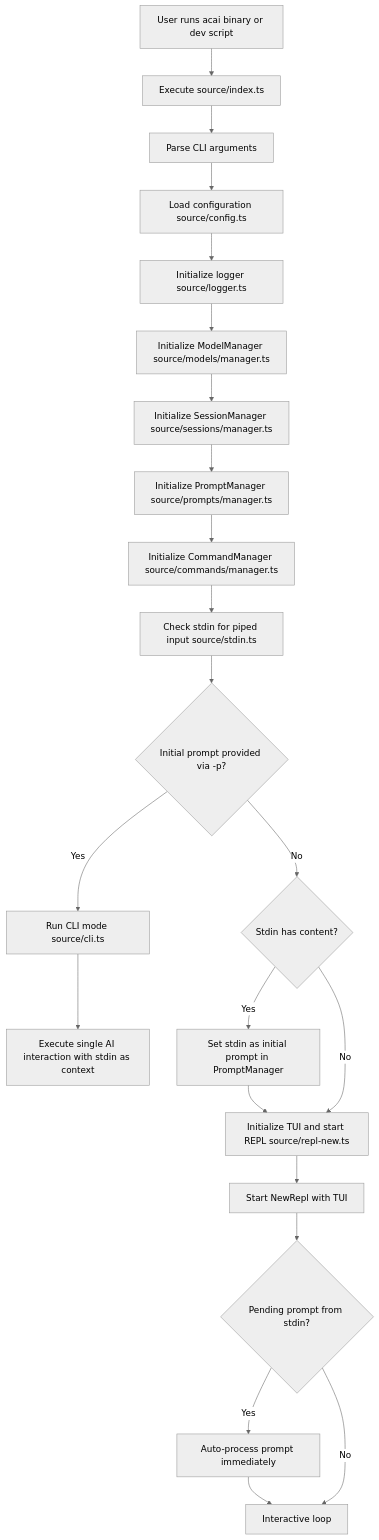
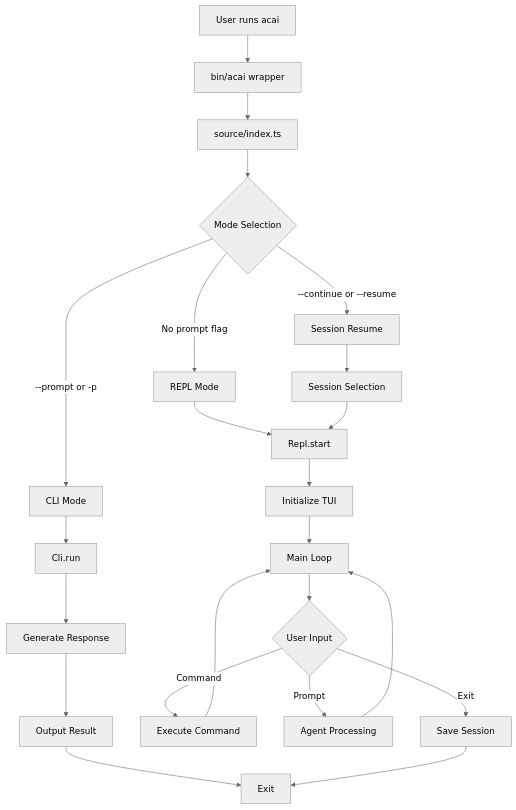
Before and after one commit to travisennis/acai-ts: the first of 10 diagrams in ARCHITECTURE.md, drawn with Mermaid (neutral theme). The commit also changed other lines of this file and 11 other files, not shown here.

````diff
--- a/ARCHITECTURE.md
+++ b/ARCHITECTURE.md
@@ -617,24 +566,30 @@
 ```mermaid
-graph TD
-  A[User runs acai binary or dev script] --> B[Execute source/index.ts]
-  B --> C[Parse CLI arguments]
-  C --> D[Load configuration source/config.ts]
-  D --> E[Initialize logger source/logger.ts]
-  E --> F[Initialize ModelManager source/models/manager.ts]
-  F --> G[Initialize SessionManager source/sessions/manager.ts]
-  G --> H[Initialize PromptManager source/prompts/manager.ts]
-  H --> I[Initialize CommandManager source/commands/manager.ts]
-  I --> J[Check stdin for piped input source/stdin.ts]
-  J --> K{Initial prompt provided via -p?}
-  K -->|Yes| L[Run CLI mode source/cli.ts]
-  K -->|No| M{Stdin has content?}
-  M -->|Yes| N[Set stdin as initial prompt in PromptManager]
-  M -->|No| O[Initialize TUI and start REPL source/repl-new.ts]
-  N --> O
-  O --> P[Start NewRepl with TUI]
-  P --> Q{Pending prompt from stdin?}
-  Q -->|Yes| R[Auto-process prompt immediately]
-  Q -->|No| S[Interactive loop]
-  R --> S
-  L --> T[Execute single AI interaction with stdin as context]
+flowchart TD
+    A[User runs acai] --> B[bin/acai wrapper]
+    B --> C[source/index.ts]
+    C --> D{Mode Selection}
+    
+    D -->|--prompt or -p| E[CLI Mode]
+    D -->|No prompt flag| F[REPL Mode]
+    D -->|--continue or --resume| G[Session Resume]
+    
+    E --> H[Cli.run]
+    F --> I[Repl.start]
+    G --> J[Session Selection]
+    J --> I
+    
+    H --> K[Generate Response]
+    K --> L[Output Result]
+    L --> M[Exit]
+    
+    I --> N[Initialize TUI]
+    N --> O[Main Loop]
+    O --> P{User Input}
+    P -->|Command| Q[Execute Command]
+    P -->|Prompt| R[Agent Processing]
+    P -->|Exit| S[Save Session]
+    
+    Q --> O
+    R --> O
+    S --> M
 ```
````
